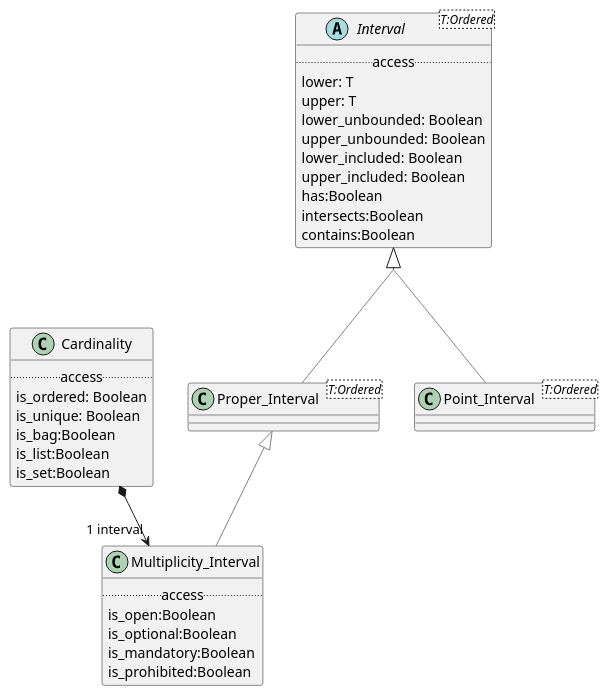
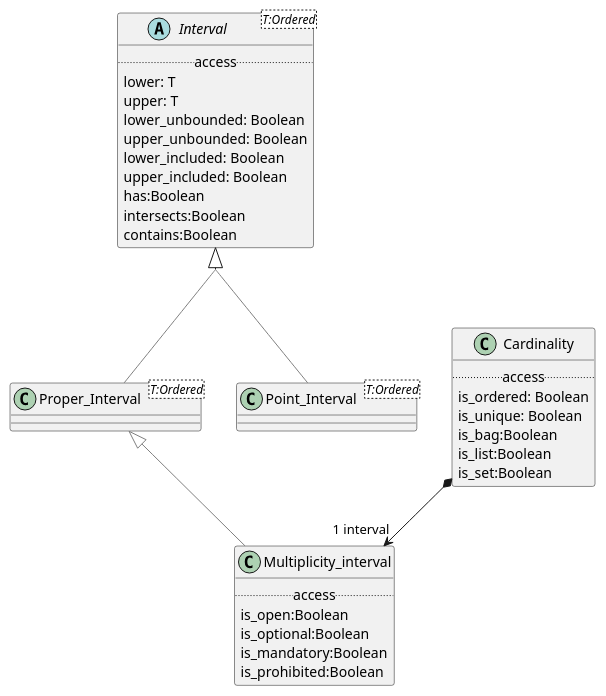
Before and after one commit to wolandscat/openehr-doc: the diagram in modules/ROOT/examples/bmm/representation/builtin_types/interval/interval-package-uml.adoc, drawn with PlantUML. The commit also changed 2355 other files, not shown here.

```diff
--- a/modules/ROOT/examples/bmm/representation/builtin_types/interval/interval-package-uml.adoc
+++ b/modules/ROOT/examples/bmm/representation/builtin_types/interval/interval-package-uml.adoc
@@ -3,55 +3,56 @@
-[plantuml,opts=interactive]
+[plantuml,opts=interactive,link=self]
 ....
 skinparam groupInheritance 2
 skinparam citedClassColor #FDFDFD
 
 
-class Proper_Interval<T:Ordered> [[/splashlang-doc/latest/representation/representation-builtin_types.html#_class_proper_interval]] {
-}
-
-Interval <|-[#gray]- Proper_Interval
-
-
-class Multiplicity_Interval [[/splashlang-doc/latest/representation/representation-builtin_types.html#_class_multiplicity_interval]] {
+class Multiplicity_interval [[/openehr-doc/latest/representation/builtin_types-gen.html#_class_multiplicity_interval]] {
         .. access ..
         is_open:Boolean
         is_optional:Boolean
         is_mandatory:Boolean
         is_prohibited:Boolean
 }
 
-Proper_Interval <|-[#gray]- Multiplicity_Interval
+Multiplicity_interval -[#gray]up-|> Proper_Interval  
 
 
-class Cardinality [[/splashlang-doc/latest/representation/representation-builtin_types.html#_class_cardinality]] {
+class Proper_Interval<T:Ordered> [[/openehr-doc/latest/representation/builtin_types-gen.html#_class_proper_interval]] {
+}
+
+Proper_Interval -[#gray]up-|> Interval  
+
+
+class Cardinality [[/openehr-doc/latest/representation/builtin_types-gen.html#_class_cardinality]] {
         .. access ..
         is_ordered: Boolean
         is_unique: Boolean
         is_bag:Boolean
         is_list:Boolean
         is_set:Boolean
 }
 
-Cardinality *--> "1 interval" Multiplicity_Interval
 
-class Point_Interval<T:Ordered> [[/splashlang-doc/latest/representation/representation-builtin_types.html#_class_point_interval]] {
+Cardinality *--> "1 interval" Multiplicity_interval
+
+class Point_Interval<T:Ordered> [[/openehr-doc/latest/representation/builtin_types-gen.html#_class_point_interval]] {
 }
 
-Interval <|-[#gray]- Point_Interval
+Point_Interval -[#gray]up-|> Interval  
 
 
-abstract class Interval<T:Ordered> [[/splashlang-doc/latest/representation/representation-builtin_types.html#_class_interval]] {
+abstract class Interval<T:Ordered> [[/openehr-doc/latest/representation/builtin_types-gen.html#_class_interval]] {
         .. access ..
         lower: T
         upper: T
         lower_unbounded: Boolean
         upper_unbounded: Boolean
         lower_included: Boolean
         upper_included: Boolean
         has:Boolean
         intersects:Boolean
         contains:Boolean
 }
 
 
 ....
```
